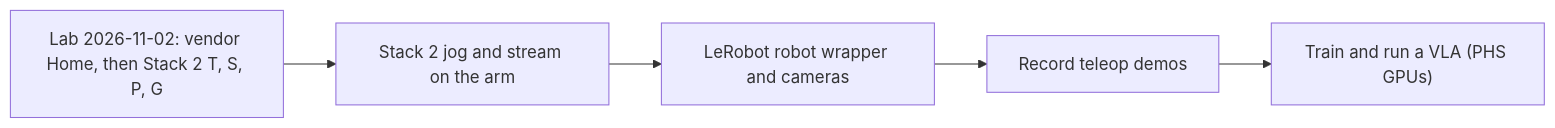
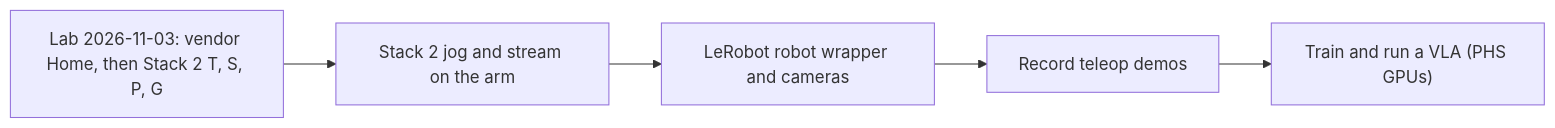
The diagram in docs/STATUS.md (Sebastianr8243/scorbot-er4u-python), drawn with Mermaid before and after one commit. The commit also changed other lines of this file and 1 other file, not shown here.

First line of the commit message:
Lab checklist: record the numbers the LeRobot chain needs; lab moved to 2026-11-03

````diff
--- a/docs/STATUS.md
+++ b/docs/STATUS.md
@@ -48,7 +48,7 @@
 ```mermaid
 flowchart LR
-    L["Lab 2026-11-02: vendor Home, then Stack 2 T, S, P, G"] --> J["Stack 2 jog and stream on the arm"]
+    L["Lab 2026-11-03: vendor Home, then Stack 2 T, S, P, G"] --> J["Stack 2 jog and stream on the arm"]
     J --> R["LeRobot robot wrapper and cameras"]
     R --> D["Record teleop demos"]
     D --> V["Train and run a VLA (PHS GPUs)"]
 ```
````
